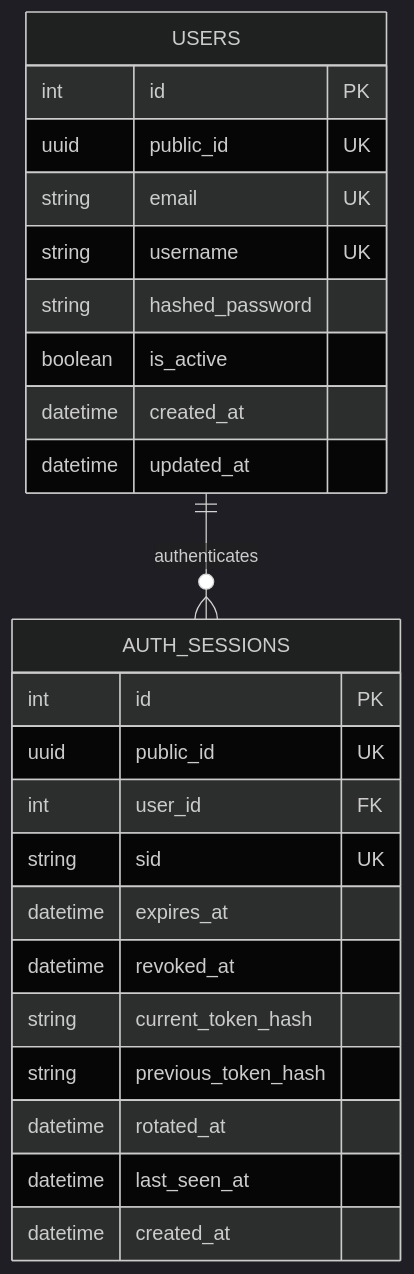
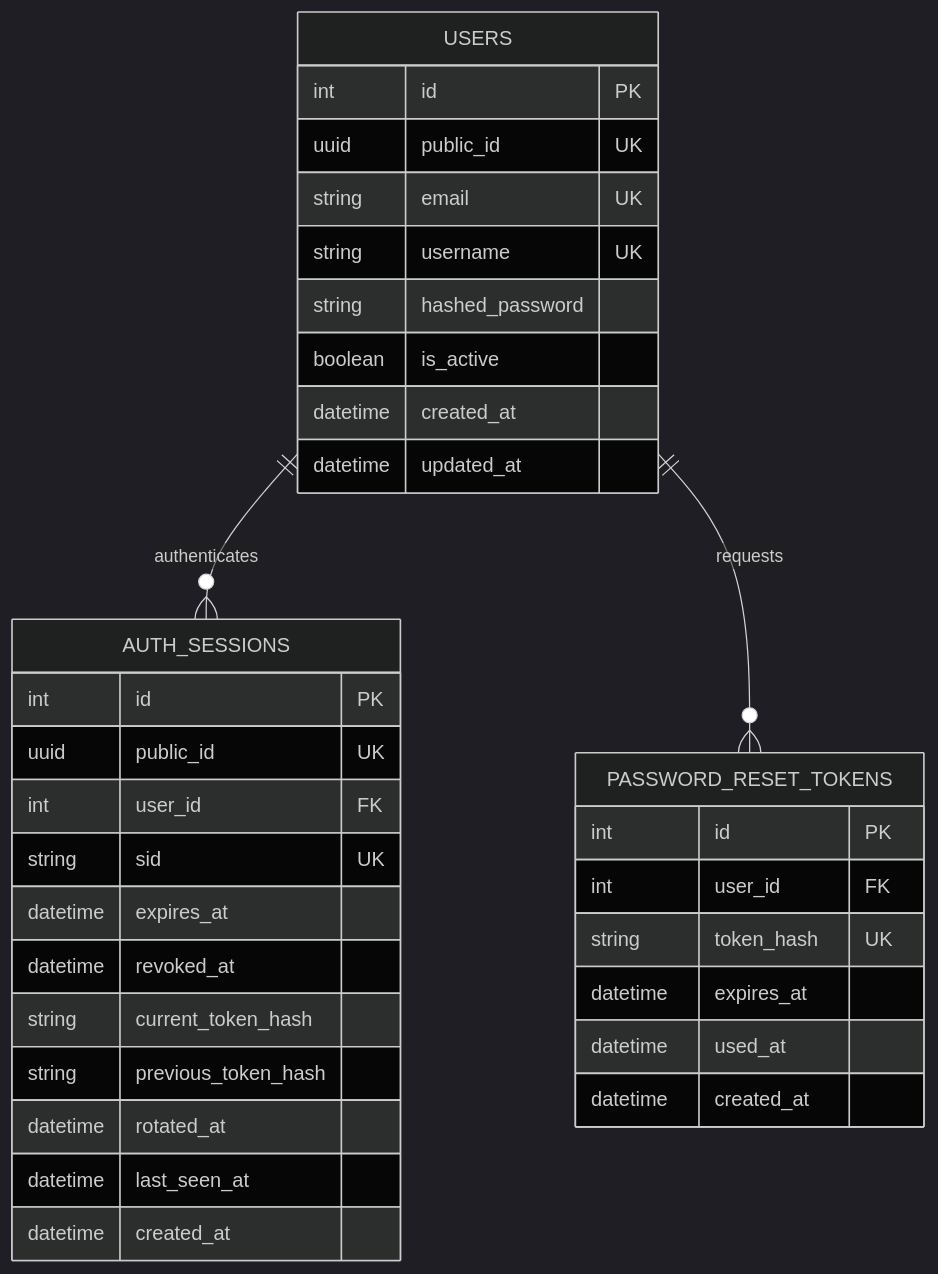
The first of 7 diagrams in docs/ERD.md (sajankp/lifestack-api), drawn with Mermaid (dark theme) before and after one commit. The commit also changed other lines of this file and 7 other files, not shown here.

Commit message:
fix(security): address remaining architecture audit security issues (SEC-M3, PyJWT, market prices, ERD drift)

````diff
--- a/docs/ERD.md
+++ b/docs/ERD.md
@@ -9,29 +9,39 @@
 ```mermaid
 erDiagram
     USERS {
         int id PK
         uuid public_id UK
         string email UK
         string username UK
         string hashed_password
         boolean is_active
         datetime created_at
         datetime updated_at
     }
 
     AUTH_SESSIONS {
         int id PK
         uuid public_id UK
         int user_id FK
         string sid UK
         datetime expires_at
         datetime revoked_at
         string current_token_hash
         string previous_token_hash
         datetime rotated_at
         datetime last_seen_at
         datetime created_at
     }
 
+    PASSWORD_RESET_TOKENS {
+        int id PK
+        int user_id FK
+        string token_hash UK
+        datetime expires_at
+        datetime used_at
+        datetime created_at
+    }
+
     USERS ||--o{ AUTH_SESSIONS : authenticates
+    USERS ||--o{ PASSWORD_RESET_TOKENS : requests
 ```
````
